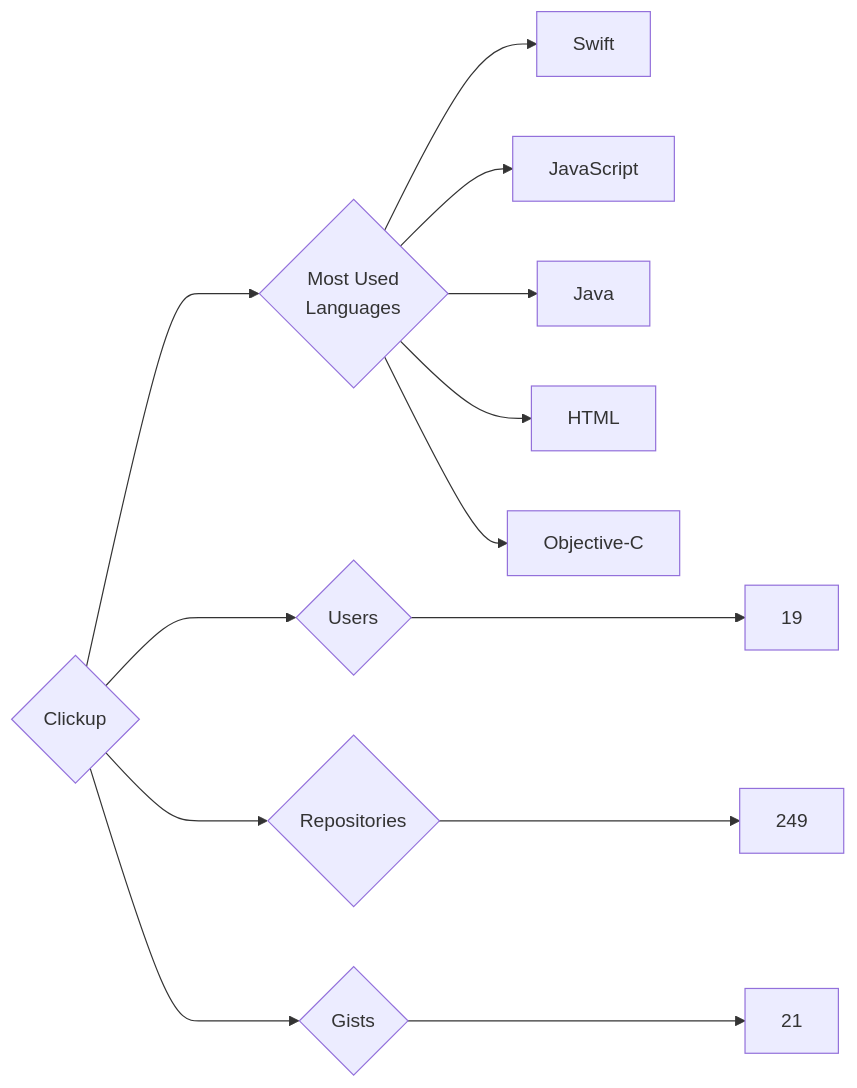
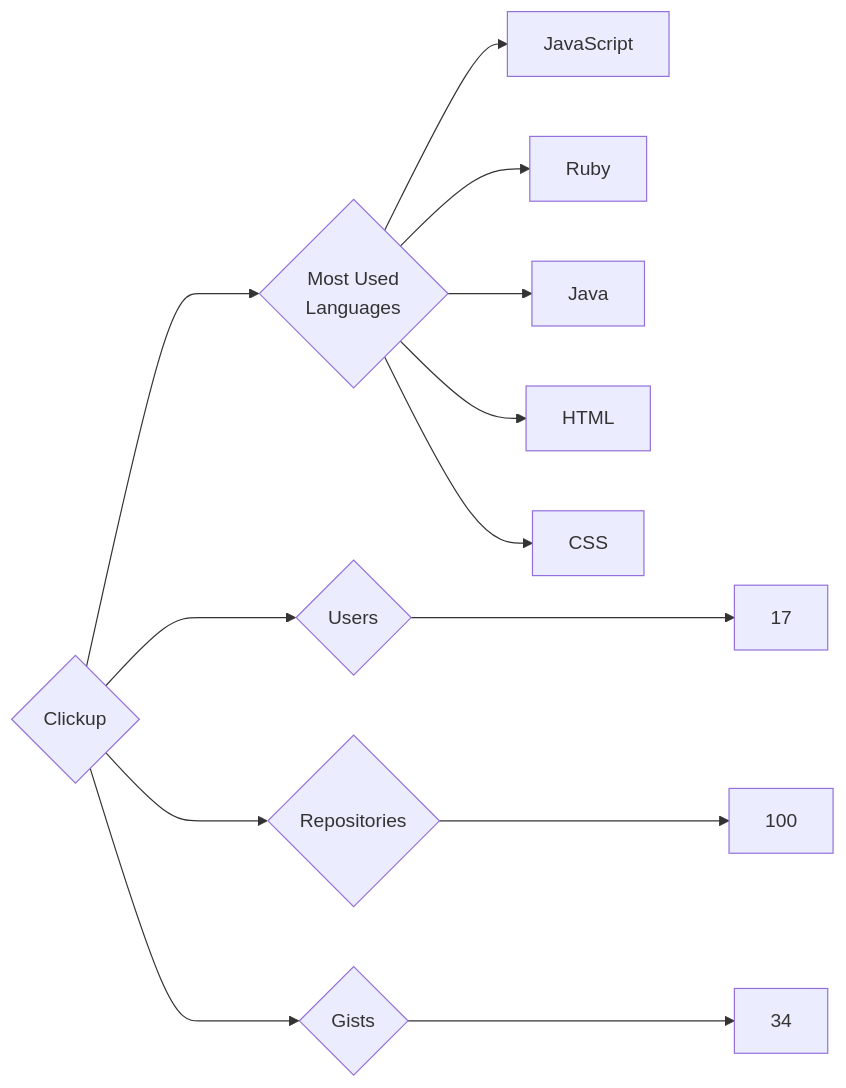
The diagram in targets/Clickup/README.md (trickest/insiders), drawn with Mermaid before and after one commit. The commit also changed 782 other files, not shown here.

````diff
--- a/targets/Clickup/README.md
+++ b/targets/Clickup/README.md
@@ -3,13 +3,13 @@
 ```mermaid
 graph LR
 COMPANY_NAME{Clickup}
-COMPANY_NAME ---> U{Users} ---> UN[19]
-COMPANY_NAME ---> R{Repositories} ---> RN[249]
-COMPANY_NAME ---> G{Gists} ---> GN[21]
+COMPANY_NAME ---> U{Users} ---> UN[17]
+COMPANY_NAME ---> R{Repositories} ---> RN[100]
+COMPANY_NAME ---> G{Gists} ---> GN[34]
 COMPANY_NAME ---> ML{Most Used<br>Languages}
-ML --> Swift[Swift]
 ML --> JavaScript[JavaScript]
+ML --> Ruby[Ruby]
 ML --> Java[Java]
 ML --> HTML[HTML]
-ML --> Objective-C[Objective-C]
+ML --> CSS[CSS]
 ```
````
